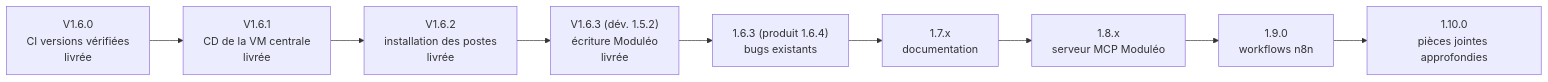
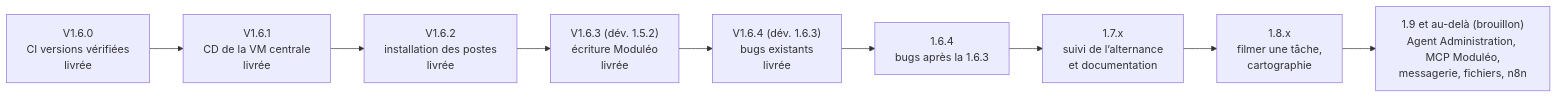
The third of 3 diagrams in README.md (UlyssouLV/BBASS-Agents-IA), drawn with Mermaid before and after one commit. The commit also changed other lines of this file and 269 other files, not shown here.

First line of the commit message:
V1.6.3 — Corriger les bugs existants (#265)

````diff
--- a/README.md
+++ b/README.md
@@ -174,11 +174,11 @@
 ```mermaid
 flowchart LR
   V160["V1.6.0<br/>CI versions vérifiées<br/>livrée"] --> V161["V1.6.1<br/>CD de la VM centrale<br/>livrée"]
   V161 --> V162["V1.6.2<br/>installation des postes<br/>livrée"]
   V162 --> V163["V1.6.3 (dév. 1.5.2)<br/>écriture Moduléo<br/>livrée"]
-  V163 --> D163["1.6.3 (produit 1.6.4)<br/>bugs existants"]
-  D163 --> V170["1.7.x<br/>documentation"]
-  V170 --> V180["1.8.x<br/>serveur MCP Moduléo"]
-  V180 --> V190["1.9.0<br/>workflows n8n"]
-  V190 --> V1100["1.10.0<br/>pièces jointes approfondies"]
+  V163 --> V164["V1.6.4 (dév. 1.6.3)<br/>bugs existants<br/>livrée"]
+  V164 --> V1641["1.6.4<br/>bugs après la 1.6.3"]
+  V1641 --> V170["1.7.x<br/>suivi de l’alternance<br/>et documentation"]
+  V170 --> V180["1.8.x<br/>filmer une tâche,<br/>cartographie"]
+  V180 --> V190["1.9 et au-delà (brouillon)<br/>Agent Administration, MCP Moduléo,<br/>messagerie, fichiers, n8n"]
 ```
````
